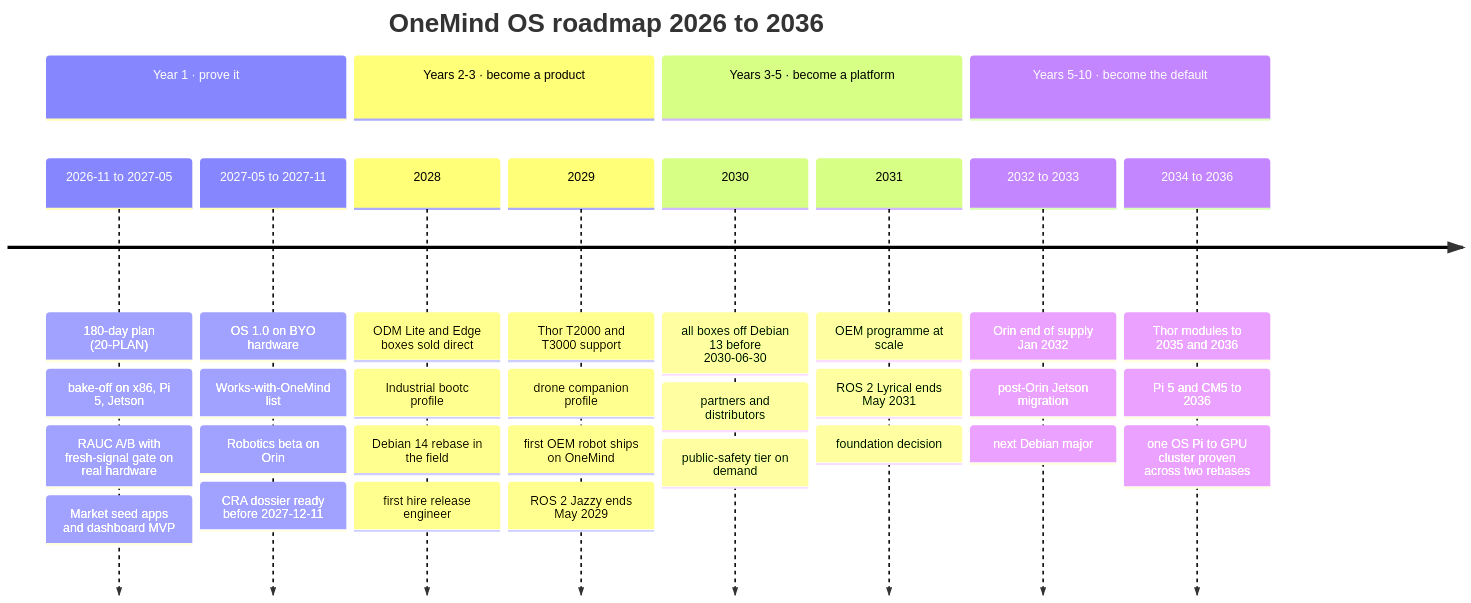
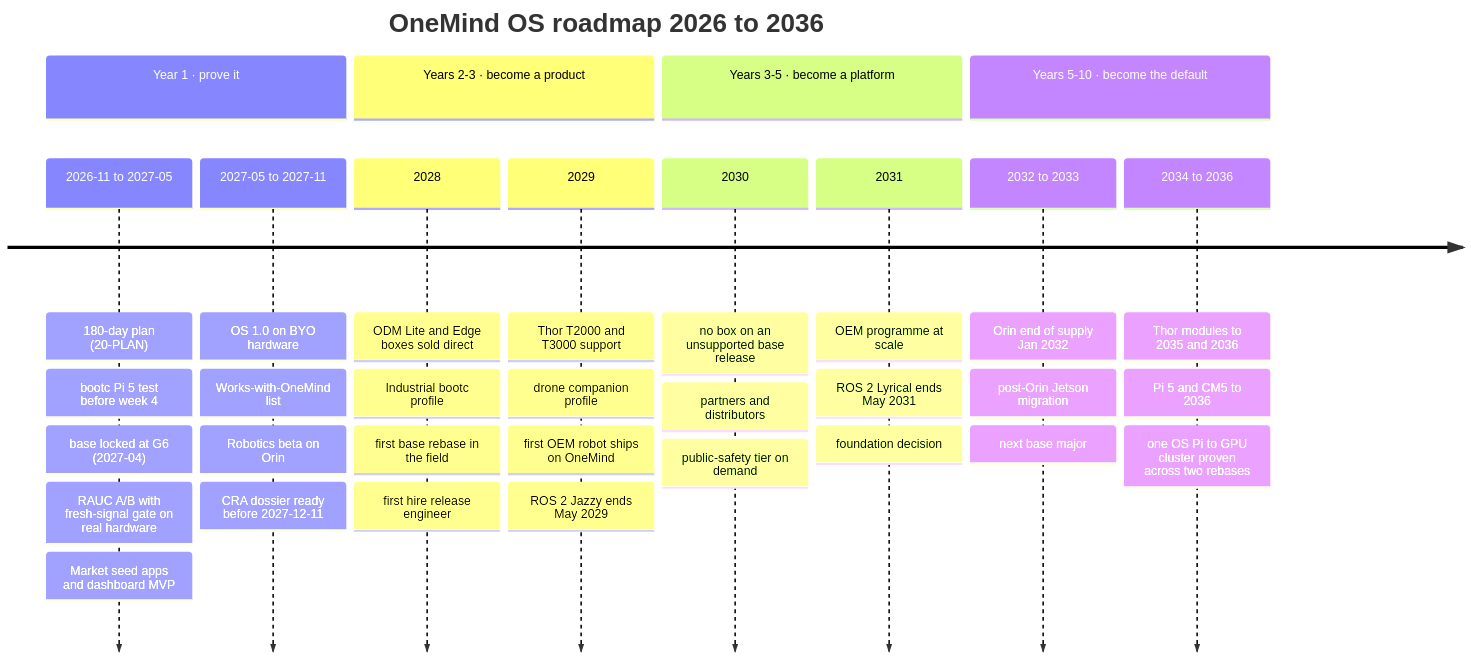
The diagram in research-output/report/diagrams/roadmap-timeline.mmd (onemindos/ONEMINDOS), drawn with Mermaid before and after one commit. The commit also changed 326 other files, not shown here.

```diff
--- a/research-output/report/diagrams/roadmap-timeline.mmd
+++ b/research-output/report/diagrams/roadmap-timeline.mmd
@@ -1,14 +1,14 @@
 timeline
     title OneMind OS roadmap 2026 to 2036
     section Year 1 · prove it
-        2026-11 to 2027-05 : 180-day plan (20-PLAN) : bake-off on x86, Pi 5, Jetson : RAUC A/B with fresh-signal gate on real hardware : Market seed apps and dashboard MVP
+        2026-11 to 2027-05 : 180-day plan (20-PLAN) : bootc Pi 5 test before week 4 : base locked at G6 (2027-04) : RAUC A/B with fresh-signal gate on real hardware : Market seed apps and dashboard MVP
         2027-05 to 2027-11 : OS 1.0 on BYO hardware : Works-with-OneMind list : Robotics beta on Orin : CRA dossier ready before 2027-12-11
     section Years 2-3 · become a product
-        2028 : ODM Lite and Edge boxes sold direct : Industrial bootc profile : Debian 14 rebase in the field : first hire release engineer
+        2028 : ODM Lite and Edge boxes sold direct : Industrial bootc profile : first base rebase in the field : first hire release engineer
         2029 : Thor T2000 and T3000 support : drone companion profile : first OEM robot ships on OneMind : ROS 2 Jazzy ends May 2029
     section Years 3-5 · become a platform
-        2030 : all boxes off Debian 13 before 2030-06-30 : partners and distributors : public-safety tier on demand
+        2030 : no box on an unsupported base release : partners and distributors : public-safety tier on demand
         2031 : OEM programme at scale : ROS 2 Lyrical ends May 2031 : foundation decision
     section Years 5-10 · become the default
-        2032 to 2033 : Orin end of supply Jan 2032 : post-Orin Jetson migration : next Debian major
+        2032 to 2033 : Orin end of supply Jan 2032 : post-Orin Jetson migration : next base major
         2034 to 2036 : Thor modules to 2035 and 2036 : Pi 5 and CM5 to 2036 : one OS Pi to GPU cluster proven across two rebases
```
